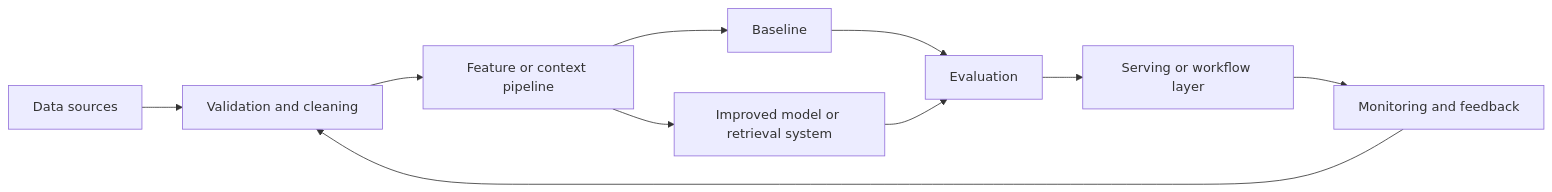
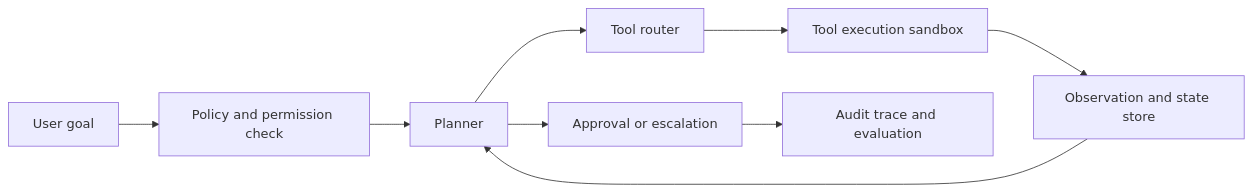
Before and after one commit to Icon1cc/Machine-Learning: the diagram in case-studies/20-ai-agent-for-workflows.md, drawn with Mermaid. The commit also changed other lines of this file and 20 other files, not shown here.

````diff
--- a/case-studies/20-ai-agent-for-workflows.md
+++ b/case-studies/20-ai-agent-for-workflows.md
@@ -40,12 +54,11 @@
 ```mermaid
 flowchart LR
-    A[Data sources] --> B[Validation and cleaning]
-    B --> C[Feature or context pipeline]
-    C --> D[Baseline]
-    C --> E[Improved model or retrieval system]
-    D --> F[Evaluation]
-    E --> F
-    F --> G[Serving or workflow layer]
-    G --> H[Monitoring and feedback]
-    H --> B
+    A[User goal] --> B[Policy and permission check]
+    B --> C[Planner]
+    C --> D[Tool router]
+    D --> E[Tool execution sandbox]
+    E --> F[Observation and state store]
+    F --> C
+    C --> G[Approval or escalation]
+    G --> H[Audit trace and evaluation]
 ```
````
